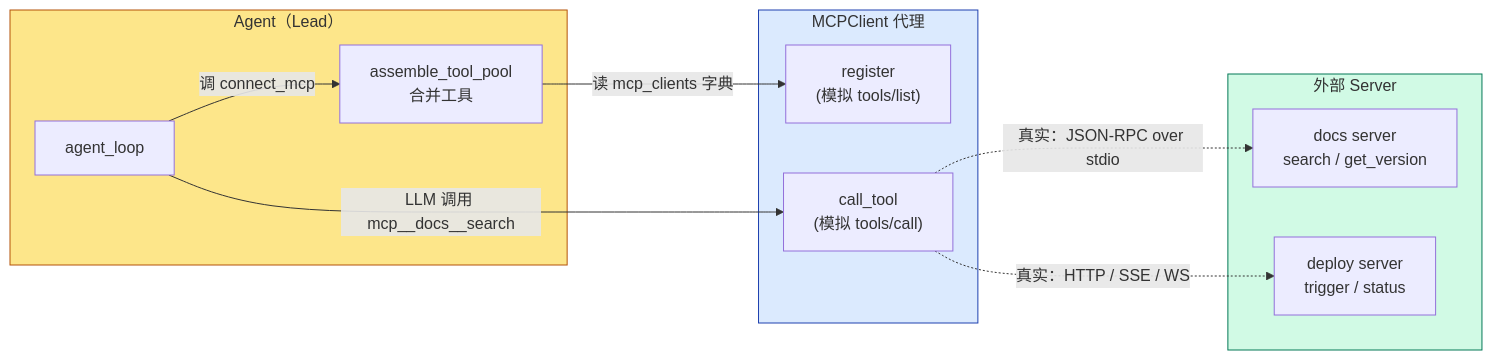
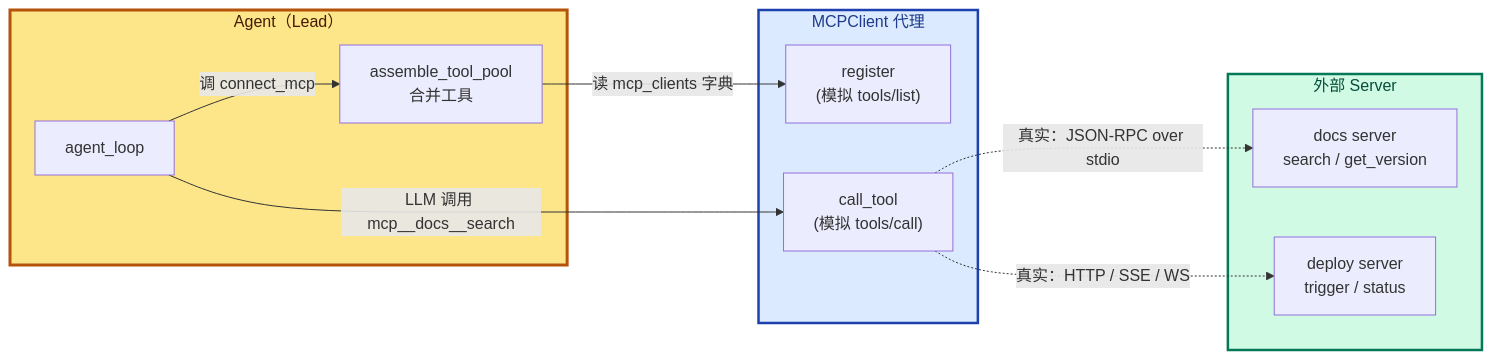
Before and after one commit to PyrePuin/From-Zero-LLM-Agent-Infra-Notes: the first of 3 diagrams in Agent/Harness/Claude Code/Phase 6 - 扩展与组装/19 - MCP Plugin.md, drawn with Mermaid. The commit also changed other lines of this file and 23 other files, not shown here.

First line of the commit message:
refactor(mermaid): 统一所有图的视觉规范

````diff
--- a/Agent/Harness/Claude Code/Phase 6 - 扩展与组装/19 - MCP Plugin.md
+++ b/Agent/Harness/Claude Code/Phase 6 - 扩展与组装/19 - MCP Plugin.md
@@ -210,27 +210,28 @@
 ```mermaid
+%%{init: {'themeVariables': {'fontSize': '16px', 'fontFamily': 'ui-sans-serif, system-ui, -apple-system, "Segoe UI", Roboto, sans-serif'}}}%%
 flowchart LR
     subgraph Agent["Agent（Lead）"]
         A1["agent_loop"]
         A2["assemble_tool_pool<br/>合并工具"]
     end
 
     subgraph Client["MCPClient 代理"]
         C1["register<br/>(模拟 tools/list)"]
         C2["call_tool<br/>(模拟 tools/call)"]
     end
 
     subgraph Server["外部 Server"]
         S1["docs server<br/>search / get_version"]
         S2["deploy server<br/>trigger / status"]
     end
 
     A1 -->|"调 connect_mcp"| A2
     A2 -->|"读 mcp_clients 字典"| C1
     A1 -->|"LLM 调用 mcp__docs__search"| C2
     C2 -.->|"真实：JSON-RPC over stdio"| S1
     C2 -.->|"真实：HTTP / SSE / WS"| S2
 
-    style Agent fill:#fde68a,stroke:#b45309
-    style Client fill:#dbeafe,stroke:#1e40af
-    style Server fill:#d1fae5,stroke:#047857
+    style Agent fill:#fde68a,stroke:#b45309,stroke-width:3px,color:#451a03
+    style Client fill:#dbeafe,stroke:#1e40af,stroke-width:2.5px,color:#1e3a8a
+    style Server fill:#d1fae5,stroke:#047857,stroke-width:2.5px,color:#064e3b
 ```
````
